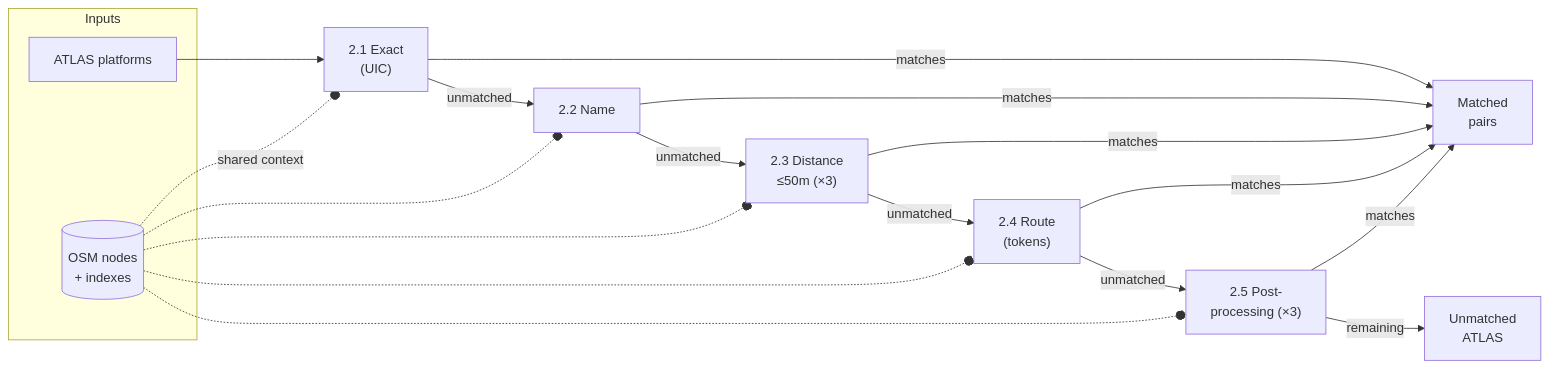
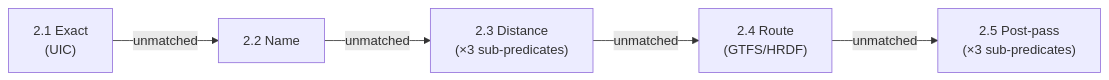
The second of 3 diagrams in documentation/2. Matching process.md (openTdataCH/stop_sync_osm_atlas), drawn with Mermaid before and after one commit. The commit also changed other lines of this file and 61 other files, not shown here.

````diff
--- a/documentation/2. Matching process.md
+++ b/documentation/2. Matching process.md
@@ -62,26 +42,9 @@
 ```mermaid
 flowchart LR
-    subgraph Inputs
-        A["ATLAS platforms"]
-        O[("OSM nodes<br/>+ indexes")]
-    end
-
-    A --> E["2.1 Exact\n(UIC)"]
-    E -->|unmatched| N["2.2 Name"]
-    N -->|unmatched| D["2.3 Distance\n≤50m (×3)"]
-    D -->|unmatched| R["2.4 Route\n(tokens)"]
-    R -->|unmatched| P["2.5 Post-\nprocessing (×3)"]
-
-    O -.-o|shared context| E
-    O -.-o N
-    O -.-o D
-    O -.-o R
-    O -.-o P
-
-    E -->|matches| M["Matched\npairs"]
-    N -->|matches| M
-    D -->|matches| M
-    R -->|matches| M
-    P -->|matches| M
-    P -->|remaining| UA["Unmatched\nATLAS"]
+    E["2.1 Exact<br/>(UIC)"]
+    N["2.2 Name"]
+    D["2.3 Distance<br/>(×3 sub-predicates)"]
+    R["2.4 Route<br/>(GTFS/HRDF)"]
+    P["2.5 Post-pass<br/>(×3 sub-predicates)"]
+    E -->|unmatched| N -->|unmatched| D -->|unmatched| R -->|unmatched| P
 ```
````
